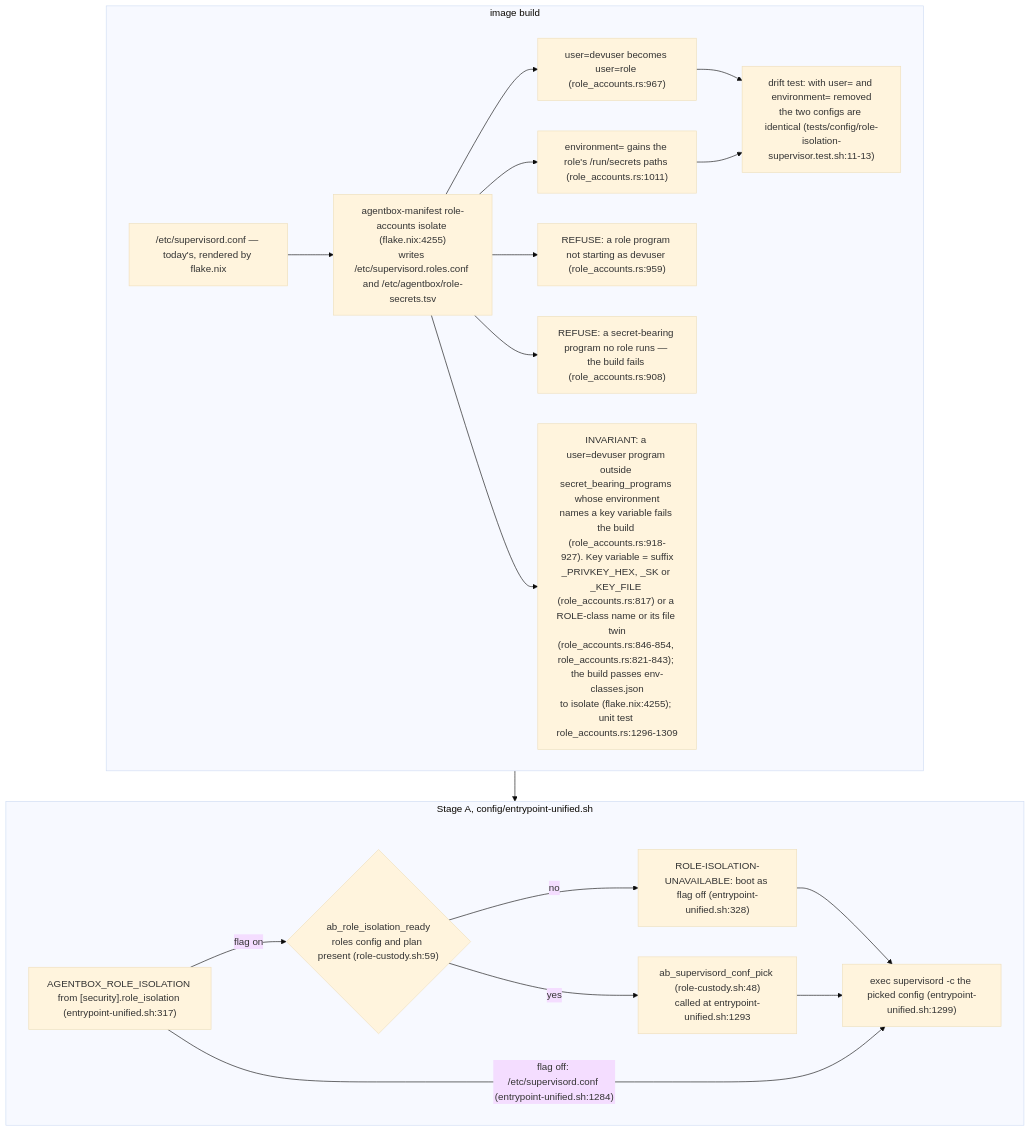
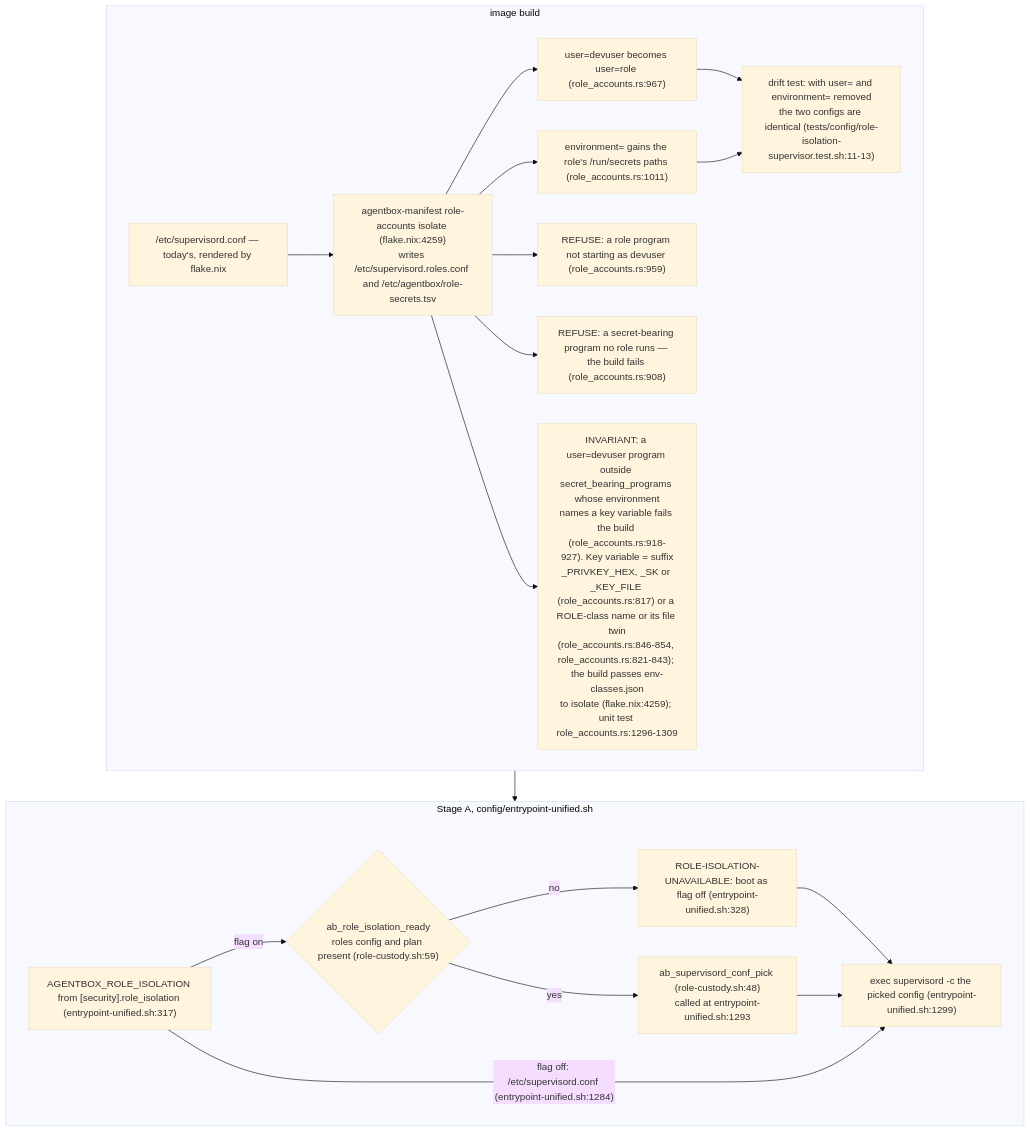
The second of 9 diagrams in docs/diagrams/agentbox/36-role-isolation-and-identity-port.md (DreamLab-AI/VisionFlow), drawn with Mermaid (base theme) before and after one commit. The commit also changed other lines of this file and 6 other files, not shown here.

First line of the commit message:
docs(diagrams): agentbox pass B at agentbox 1ea5494 (PRs #52, #53)

````diff
--- a/docs/diagrams/agentbox/36-role-isolation-and-identity-port.md
+++ b/docs/diagrams/agentbox/36-role-isolation-and-identity-port.md
@@ -97,28 +97,28 @@
 ```mermaid
 flowchart TB
     subgraph BUILD["image build"]
         TODAY["/etc/supervisord.conf — today's, rendered by flake.nix"]
-        ISO["agentbox-manifest role-accounts isolate (flake.nix:4255)<br/>writes /etc/supervisord.roles.conf and /etc/agentbox/role-secrets.tsv"]
+        ISO["agentbox-manifest role-accounts isolate (flake.nix:4259)<br/>writes /etc/supervisord.roles.conf and /etc/agentbox/role-secrets.tsv"]
         TODAY --> ISO
         ISO --> R1["user=devuser becomes user=role (role_accounts.rs:967)"]
         ISO --> R2["environment= gains the role's /run/secrets paths (role_accounts.rs:1011)"]
         ISO --> F1["REFUSE: a role program not starting as devuser (role_accounts.rs:959)"]
         ISO --> F2["REFUSE: a secret-bearing program no role runs — the build fails (role_accounts.rs:908)"]
-        ISO --> F3["INVARIANT: a user=devuser program outside secret_bearing_programs whose environment<br/>names a key variable fails the build (role_accounts.rs:918-927). Key variable = suffix<br/>_PRIVKEY_HEX, _SK or _KEY_FILE (role_accounts.rs:817) or a ROLE-class name or its file twin<br/>(role_accounts.rs:846-854, role_accounts.rs:821-843); the build passes env-classes.json<br/>to isolate (flake.nix:4255); unit test role_accounts.rs:1296-1309"]
+        ISO --> F3["INVARIANT: a user=devuser program outside secret_bearing_programs whose environment<br/>names a key variable fails the build (role_accounts.rs:918-927). Key variable = suffix<br/>_PRIVKEY_HEX, _SK or _KEY_FILE (role_accounts.rs:817) or a ROLE-class name or its file twin<br/>(role_accounts.rs:846-854, role_accounts.rs:821-843); the build passes env-classes.json<br/>to isolate (flake.nix:4259); unit test role_accounts.rs:1296-1309"]
         T["drift test: with user= and environment= removed<br/>the two configs are identical (tests/config/role-isolation-supervisor.test.sh:11-13)"]
         R1 --> T
         R2 --> T
     end
     subgraph BOOT["Stage A, config/entrypoint-unified.sh"]
         FLAG["AGENTBOX_ROLE_ISOLATION from [security].role_isolation (entrypoint-unified.sh:317)"]
         READY{"ab_role_isolation_ready<br/>roles config and plan present (role-custody.sh:59)"}
         UN["ROLE-ISOLATION-UNAVAILABLE: boot as flag off (entrypoint-unified.sh:328)"]
         PICK["ab_supervisord_conf_pick (role-custody.sh:48)<br/>called at entrypoint-unified.sh:1293"]
         EXEC["exec supervisord -c the picked config (entrypoint-unified.sh:1299)"]
         FLAG -->|"flag on"| READY
         READY -->|"no"| UN --> EXEC
         READY -->|"yes"| PICK --> EXEC
         FLAG -->|"flag off: /etc/supervisord.conf (entrypoint-unified.sh:1284)"| EXEC
     end
     BUILD --> BOOT
 ```
````
